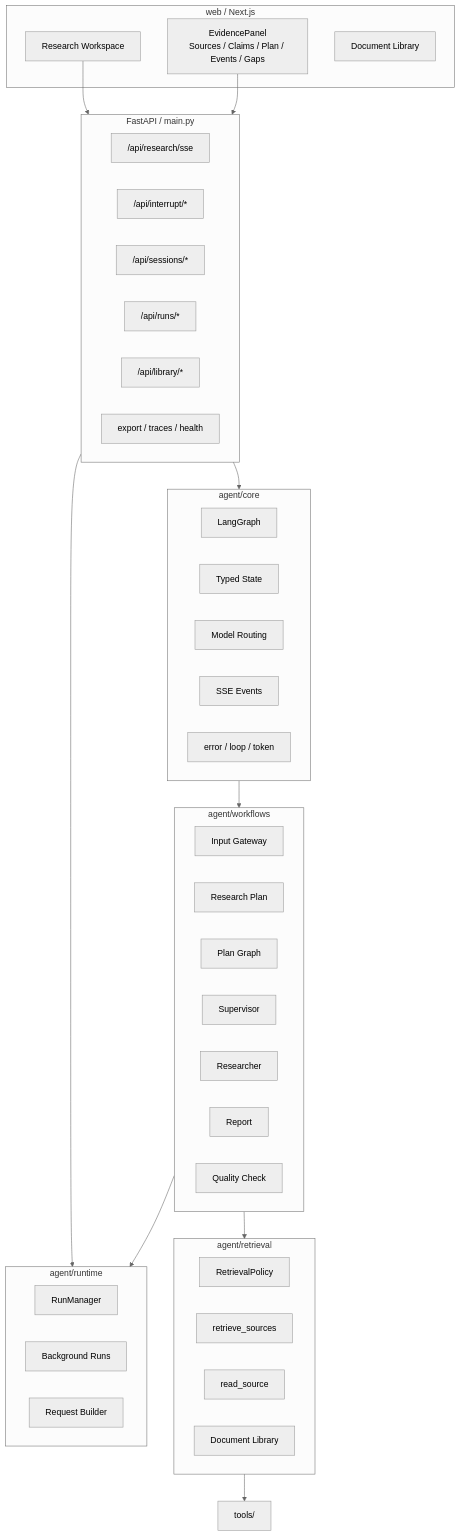
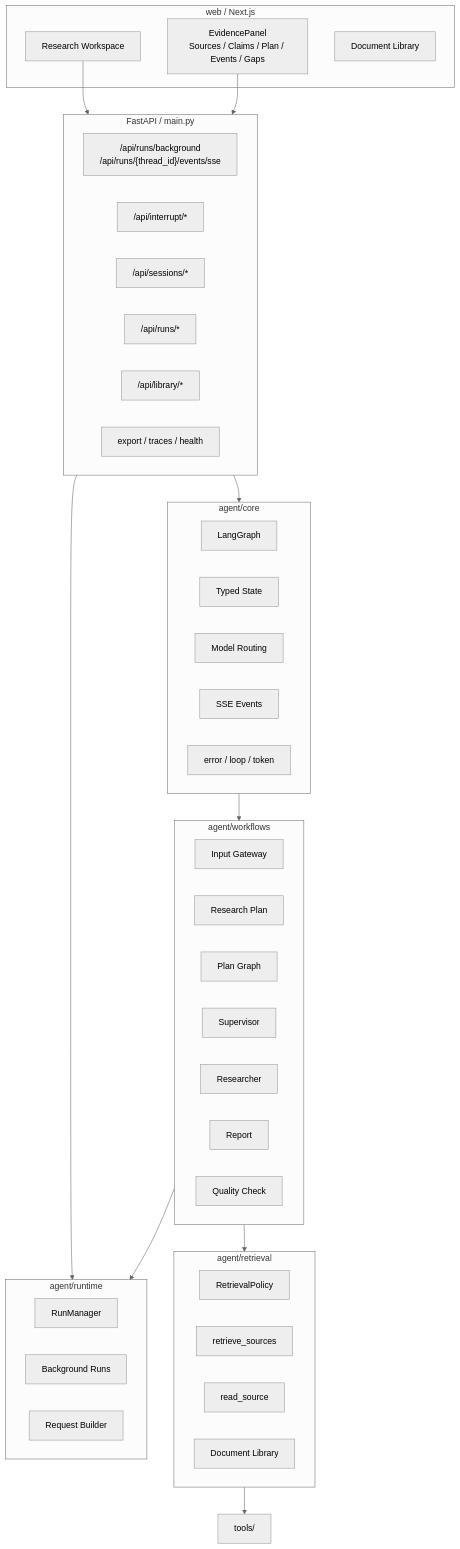
One commit to LittleSongxx/SoulSearcher changed the second of 6 diagrams in README.en.md. Above: the diagram before and after it, drawn with Mermaid (neutral theme). The commit also changed other lines of this file and 12 other files, not shown here.

````diff
--- a/README.en.md
+++ b/README.en.md
@@ -53,57 +53,57 @@
 ```mermaid
 flowchart TB
     subgraph Frontend["web / Next.js"]
         UI["Research Workspace"]
         EvidencePanel["EvidencePanel\nSources / Claims / Plan / Events / Gaps"]
         LibraryUI["Document Library"]
     end
 
     subgraph API["FastAPI / main.py"]
-        ResearchAPI["/api/research/sse"]
+        ResearchAPI["/api/runs/background\n/api/runs/{thread_id}/events/sse"]
         InterruptAPI["/api/interrupt/*"]
         SessionAPI["/api/sessions/*"]
         RunAPI["/api/runs/*"]
         LibraryAPI["/api/library/*"]
         ExportTrace["export / traces / health"]
     end
 
     subgraph Core["agent/core"]
         Graph["LangGraph"]
         State["Typed State"]
         Routing["Model Routing"]
         Events["SSE Events"]
         Middleware["error / loop / token"]
     end
 
     subgraph Workflow["agent/workflows"]
         Gateway["Input Gateway"]
         Plan["Research Plan"]
         DAG["Plan Graph"]
         Supervisor["Supervisor"]
         Researcher["Researcher"]
         Report["Report"]
         Quality["Quality Check"]
     end
 
     subgraph Retrieval["agent/retrieval"]
         Policy["RetrievalPolicy"]
         Retrieve["retrieve_sources"]
         Read["read_source"]
         Documents["Document Library"]
     end
 
     subgraph Runtime["agent/runtime"]
         Runs["RunManager"]
         Background["Background Runs"]
         RequestBuilder["Request Builder"]
     end
 
     UI --> API
     EvidencePanel --> API
     API --> Core
     API --> Runtime
     Core --> Workflow
     Workflow --> Retrieval
     Workflow --> Runtime
     Retrieval --> Tools["tools/"]
 ```
````
